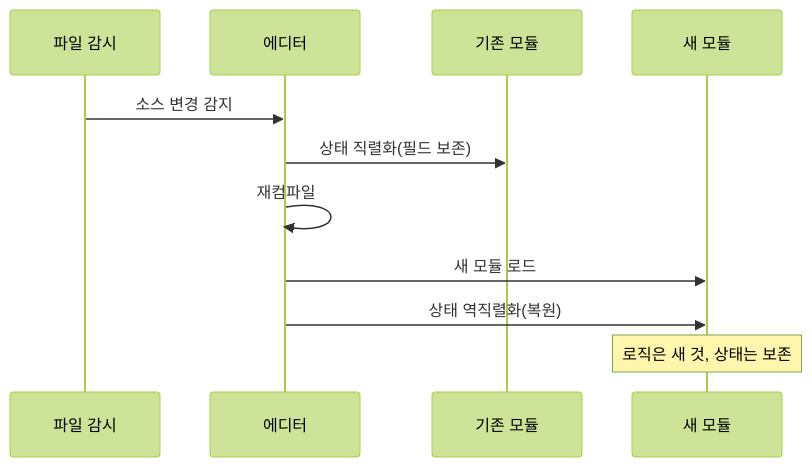
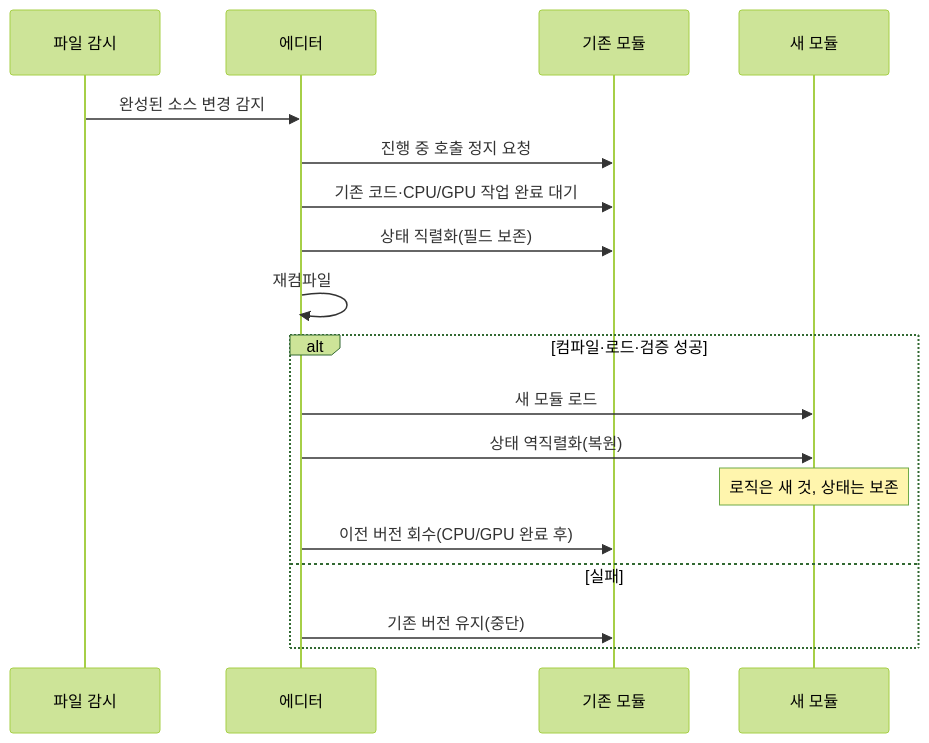
One commit to Rein-ArXiv/game-dev-curriculum changed the fourth of 5 diagrams in tools/part01_leveleditor.md. Above: the diagram before and after it, drawn with Mermaid (forest theme). The commit also changed other lines of this file and 279 other files, not shown here.

````diff
--- a/tools/part01_leveleditor.md
+++ b/tools/part01_leveleditor.md
@@ -455,13 +492,20 @@
 ```mermaid
 sequenceDiagram
     participant FS as 파일 감시
     participant Ed as 에디터
     participant Old as 기존 모듈
     participant New as 새 모듈
-    FS->>Ed: 소스 변경 감지
+    FS->>Ed: 완성된 소스 변경 감지
+    Ed->>Old: 진행 중 호출 정지 요청
+    Ed->>Old: 기존 코드·CPU/GPU 작업 완료 대기
     Ed->>Old: 상태 직렬화(필드 보존)
     Ed->>Ed: 재컴파일
-    Ed->>New: 새 모듈 로드
-    Ed->>New: 상태 역직렬화(복원)
-    Note over New: 로직은 새 것, 상태는 보존
+    alt 컴파일·로드·검증 성공
+        Ed->>New: 새 모듈 로드
+        Ed->>New: 상태 역직렬화(복원)
+        Note over New: 로직은 새 것, 상태는 보존
+        Ed->>Old: 이전 버전 회수(CPU/GPU 완료 후)
+    else 실패
+        Ed->>Old: 기존 버전 유지(중단)
+    end
 ```
````
